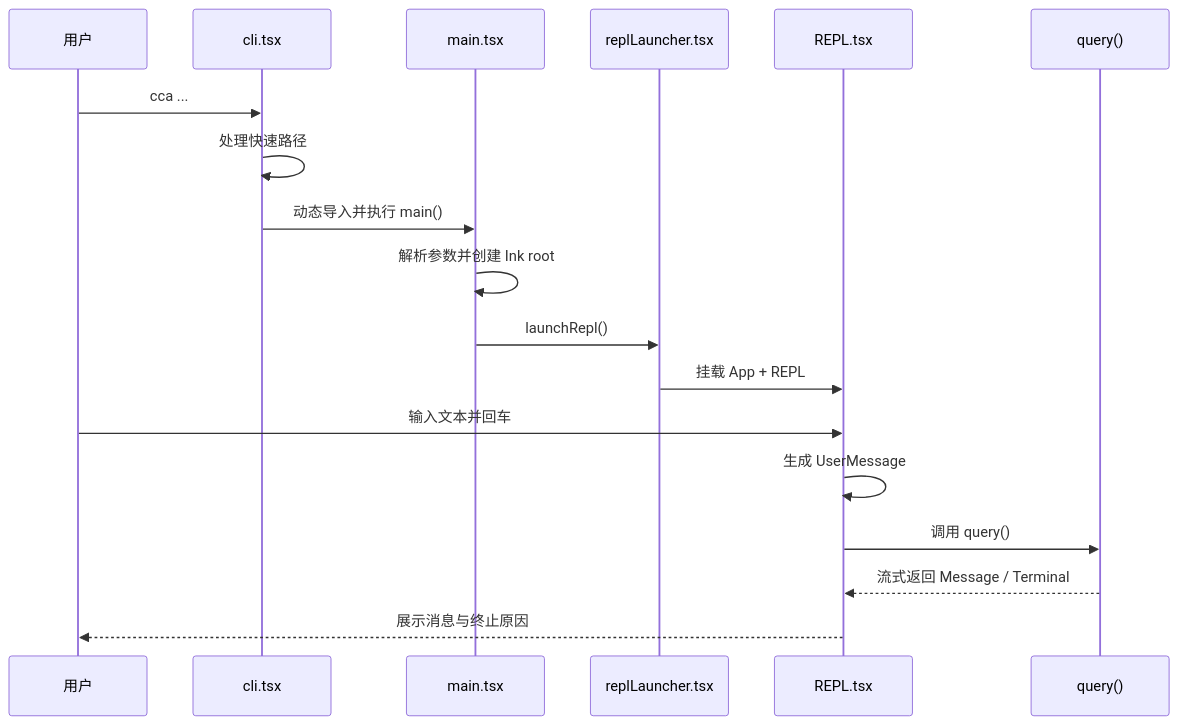
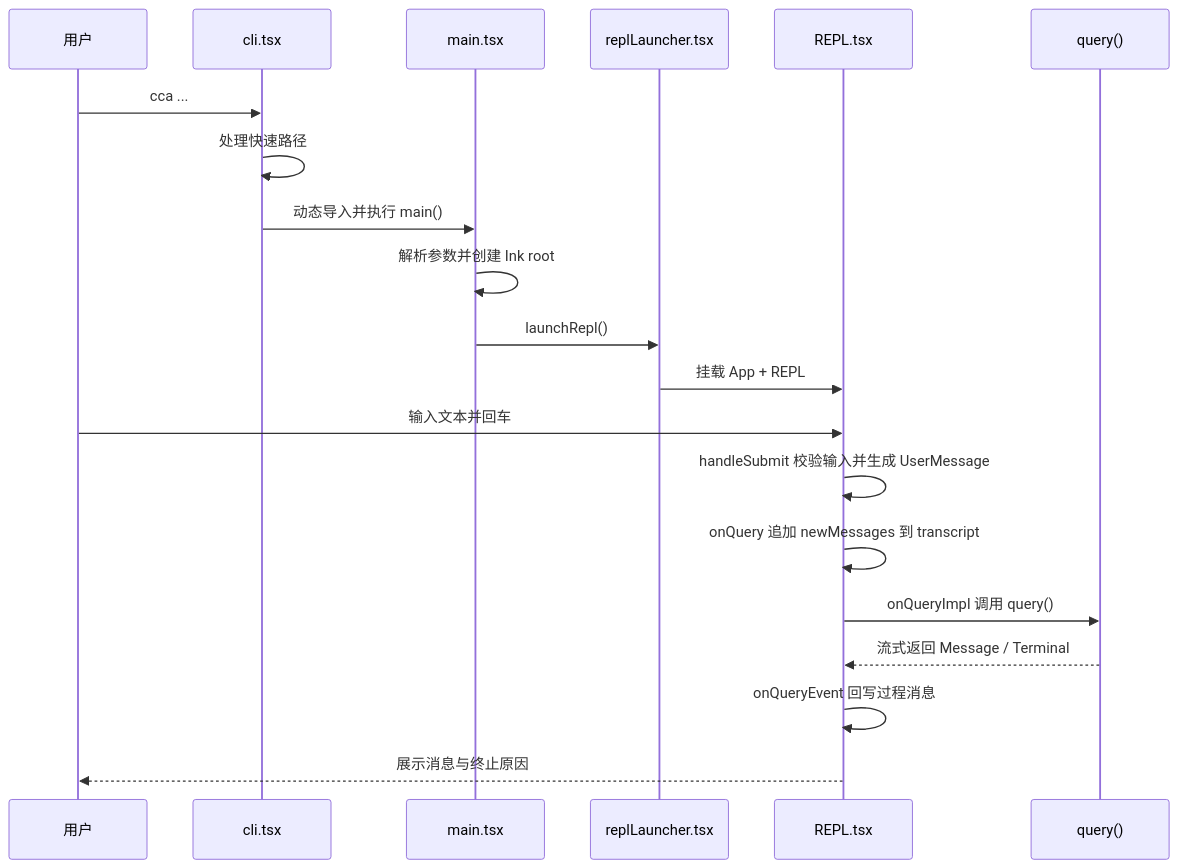
Before and after one commit to friendlyhank/claude-code-annotated: the diagram in notes/reviews/02-core-interaction-layer.md, drawn with Mermaid. The commit also changed other lines of this file and 5 other files, not shown here.

````diff
--- a/notes/reviews/02-core-interaction-layer.md
+++ b/notes/reviews/02-core-interaction-layer.md
@@ -43,21 +43,23 @@
 ```mermaid
 sequenceDiagram
     participant User as 用户
     participant CLI as cli.tsx
     participant Main as main.tsx
     participant Launcher as replLauncher.tsx
     participant REPL as REPL.tsx
     participant Query as query()
 
     User->>CLI: cca ...
     CLI->>CLI: 处理快速路径
     CLI->>Main: 动态导入并执行 main()
     Main->>Main: 解析参数并创建 Ink root
     Main->>Launcher: launchRepl()
     Launcher->>REPL: 挂载 App + REPL
     User->>REPL: 输入文本并回车
-    REPL->>REPL: 生成 UserMessage
-    REPL->>Query: 调用 query()
+    REPL->>REPL: handleSubmit 校验输入并生成 UserMessage
+    REPL->>REPL: onQuery 追加 newMessages 到 transcript
+    REPL->>Query: onQueryImpl 调用 query()
     Query-->>REPL: 流式返回 Message / Terminal
+    REPL->>REPL: onQueryEvent 回写过程消息
     REPL-->>User: 展示消息与终止原因
 ```
````
